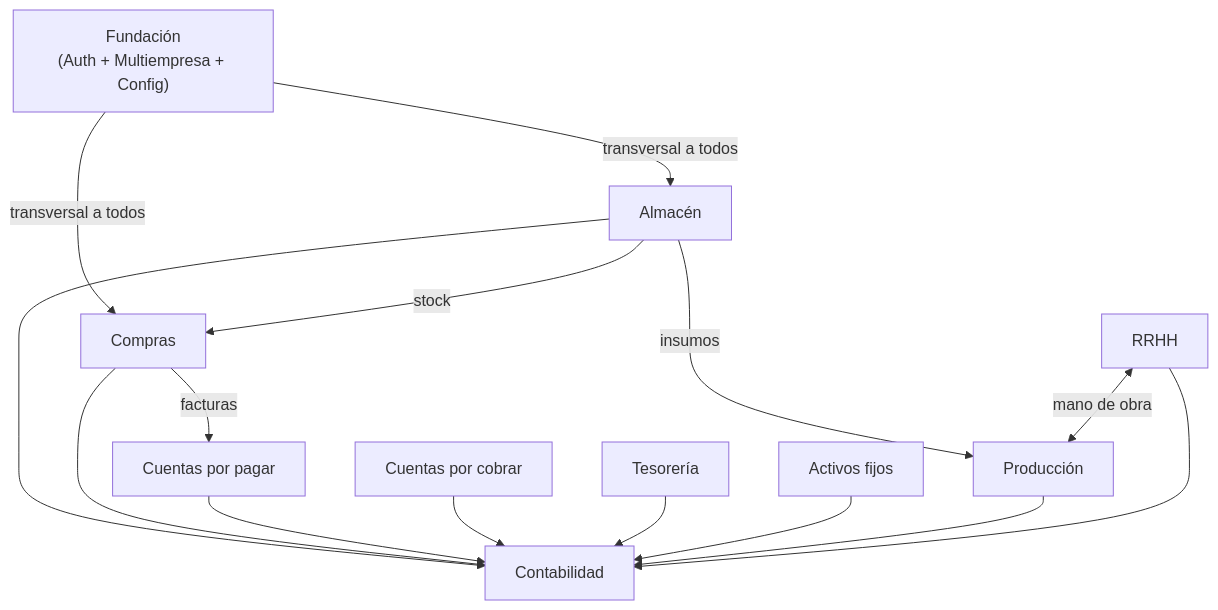
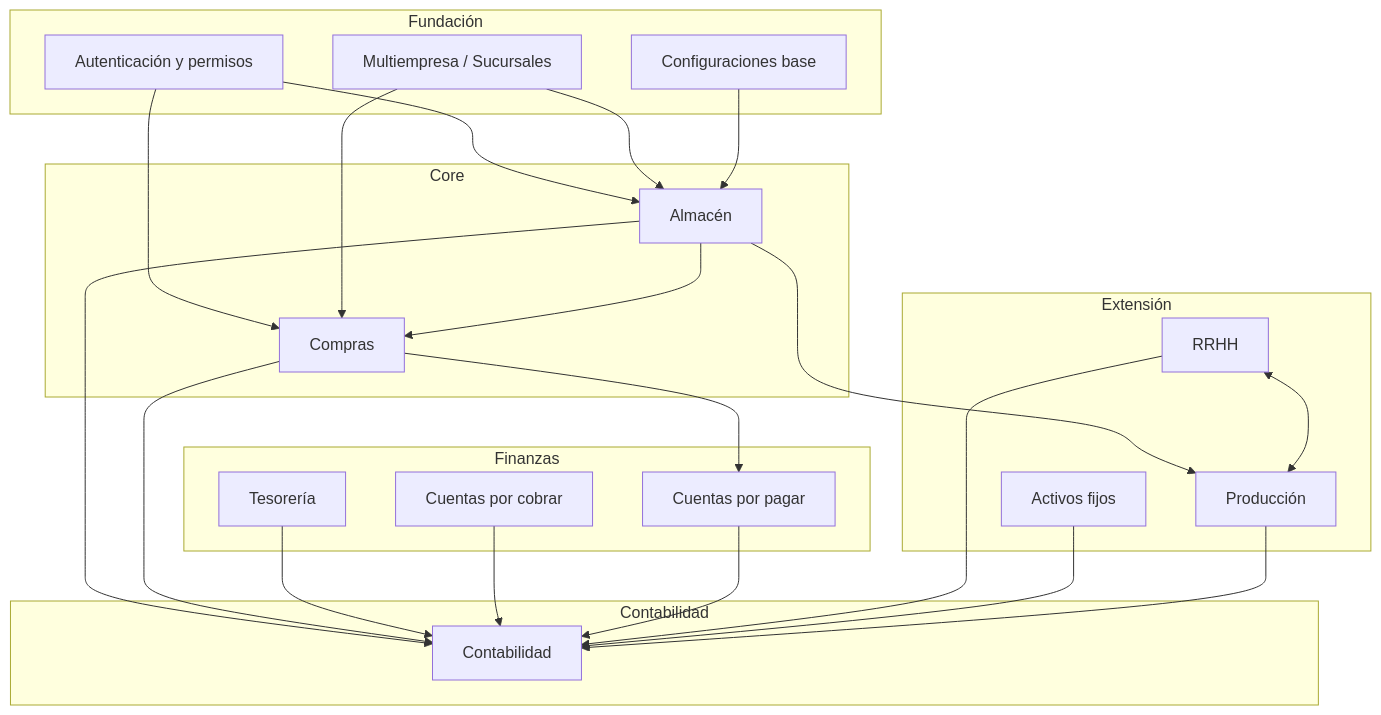
Before and after one commit to jramirezch1978/sigre_web: the third of 12 diagrams in restaurante.pe/ROADMAP_RESTAURANT_PE.md, drawn with Mermaid. The commit also changed other lines of this file, not shown here.

Commit message:
fix: Restaurar diagrama de dependencias con estilo original (subgraphs) y flechas corregidas

````diff
--- a/restaurante.pe/ROADMAP_RESTAURANT_PE.md
+++ b/restaurante.pe/ROADMAP_RESTAURANT_PE.md
@@ -88,28 +88,42 @@
 ```mermaid
 flowchart TB
-    FUND["Fundación\n(Auth + Multiempresa + Config)"]
-    ALM[Almacén]
-    COM[Compras]
-    CxP[Cuentas por pagar]
-    CxC[Cuentas por cobrar]
-    TES[Tesorería]
-    AF[Activos fijos]
-    PROD[Producción]
-    RRHH[RRHH]
-    CNT[Contabilidad]
-
-    FUND -->|transversal a todos| ALM
-    FUND -->|transversal a todos| COM
-    ALM -->|stock| COM
-    COM -->|facturas| CxP
+    subgraph Fundación
+        AUTH[Autenticación y permisos]
+        EMP[Multiempresa / Sucursales]
+        CONF[Configuraciones base]
+    end
+    subgraph Core
+        ALM[Almacén]
+        COM[Compras]
+    end
+    subgraph Finanzas
+        TES[Tesorería]
+        CxC[Cuentas por cobrar]
+        CxP[Cuentas por pagar]
+    end
+    subgraph Contabilidad
+        CNT[Contabilidad]
+    end
+    subgraph Extensión
+        RRHH[RRHH]
+        AF[Activos fijos]
+        PROD[Producción]
+    end
+    AUTH --> ALM
+    AUTH --> COM
+    EMP --> ALM
+    EMP --> COM
+    CONF --> ALM
+    ALM --> COM
     ALM --> CNT
+    COM --> CxP
     COM --> CNT
+    TES --> CNT
+    CxC --> CNT
     CxP --> CNT
-    CxC --> CNT
-    TES --> CNT
+    RRHH --> CNT
     AF --> CNT
     PROD --> CNT
-    RRHH --> CNT
-    ALM -->|insumos| PROD
-    RRHH <-->|mano de obra| PROD
+    ALM --> PROD
+    RRHH <--> PROD
 ```
````
